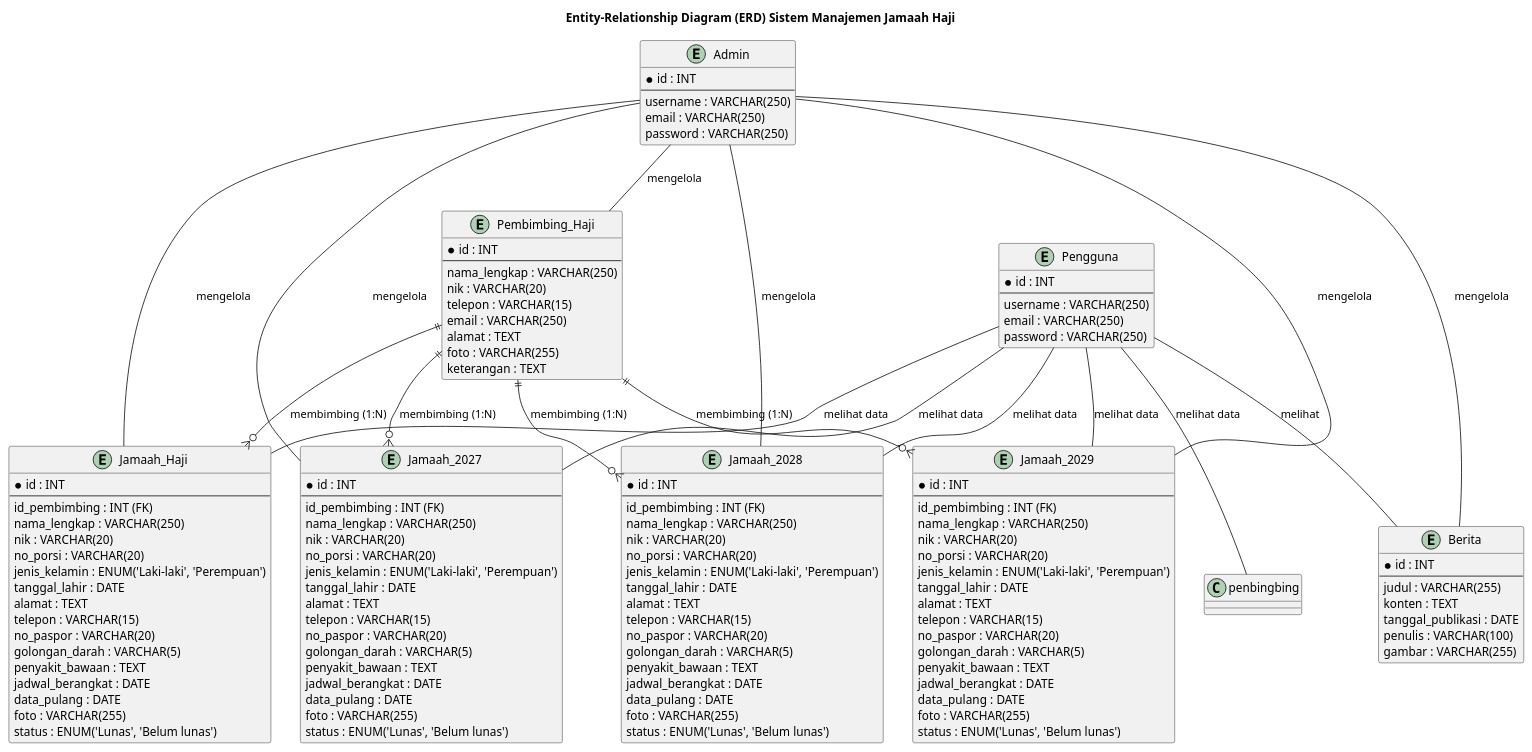
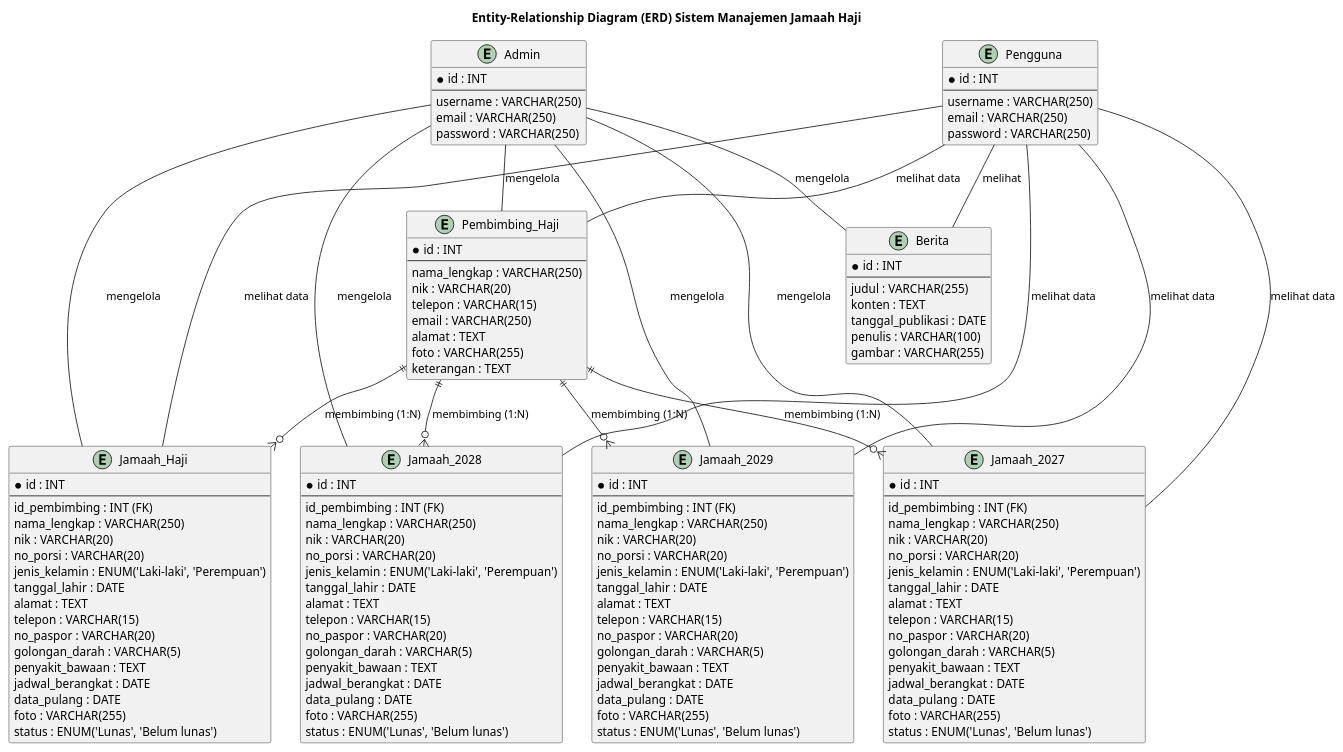
One commit to fauzirahayu/uzicom changed the diagram in komponen/erd_diagram.puml. Above: the diagram before and after it, drawn with PlantUML. The commit also changed 24 other files, not shown here.

```diff
--- a/komponen/erd_diagram.puml
+++ b/komponen/erd_diagram.puml
@@ -1,152 +1,152 @@
 @startuml ERD Sistem Manajemen Jamaah Haji
 
 title Entity-Relationship Diagram (ERD) Sistem Manajemen Jamaah Haji
 
 ' Entitas Admin
 entity "Admin" as admin {
   * id : INT
   --
   username : VARCHAR(250)
   email : VARCHAR(250)
   password : VARCHAR(250)
 }
 
 ' Entitas Pengguna
 entity "Pengguna" as pengguna {
   * id : INT
   --
   username : VARCHAR(250)
   email : VARCHAR(250)
   password : VARCHAR(250)
 }
 
 ' Entitas Pembimbing Haji
 entity "Pembimbing_Haji" as pembimbing {
   * id : INT
   --
   nama_lengkap : VARCHAR(250)
   nik : VARCHAR(20)
   telepon : VARCHAR(15)
   email : VARCHAR(250)
   alamat : TEXT
   foto : VARCHAR(255)
   keterangan : TEXT
 }
 
-' Entitas Jamaah Haji (untuk tahun 2026)
+' Entitas Jamaah Haji (untuk tahun Haji)
 entity "Jamaah_Haji" as jamaah_haji {
   * id : INT
   --
   id_pembimbing : INT (FK)
   nama_lengkap : VARCHAR(250)
   nik : VARCHAR(20)
   no_porsi : VARCHAR(20)
   jenis_kelamin : ENUM('Laki-laki', 'Perempuan')
   tanggal_lahir : DATE
   alamat : TEXT
   telepon : VARCHAR(15)
   no_paspor : VARCHAR(20)
   golongan_darah : VARCHAR(5)
   penyakit_bawaan : TEXT
   jadwal_berangkat : DATE
   data_pulang : DATE
   foto : VARCHAR(255)
   status : ENUM('Lunas', 'Belum lunas')
 }
 
 ' Entitas Jamaah 2027
 entity "Jamaah_2027" as jamaah_2027 {
   * id : INT
   --
   id_pembimbing : INT (FK)
   nama_lengkap : VARCHAR(250)
   nik : VARCHAR(20)
   no_porsi : VARCHAR(20)
   jenis_kelamin : ENUM('Laki-laki', 'Perempuan')
   tanggal_lahir : DATE
   alamat : TEXT
   telepon : VARCHAR(15)
   no_paspor : VARCHAR(20)
   golongan_darah : VARCHAR(5)
   penyakit_bawaan : TEXT
   jadwal_berangkat : DATE
   data_pulang : DATE
   foto : VARCHAR(255)
   status : ENUM('Lunas', 'Belum lunas')
 }
 
 ' Entitas Jamaah 2028
 entity "Jamaah_2028" as jamaah_2028 {
   * id : INT
   --
   id_pembimbing : INT (FK)
   nama_lengkap : VARCHAR(250)
   nik : VARCHAR(20)
   no_porsi : VARCHAR(20)
   jenis_kelamin : ENUM('Laki-laki', 'Perempuan')
   tanggal_lahir : DATE
   alamat : TEXT
   telepon : VARCHAR(15)
   no_paspor : VARCHAR(20)
   golongan_darah : VARCHAR(5)
   penyakit_bawaan : TEXT
   jadwal_berangkat : DATE
   data_pulang : DATE
   foto : VARCHAR(255)
   status : ENUM('Lunas', 'Belum lunas')
 }
 
 ' Entitas Jamaah 2029
 entity "Jamaah_2029" as jamaah_2029 {
   * id : INT
   --
   id_pembimbing : INT (FK)
   nama_lengkap : VARCHAR(250)
   nik : VARCHAR(20)
   no_porsi : VARCHAR(20)
   jenis_kelamin : ENUM('Laki-laki', 'Perempuan')
   tanggal_lahir : DATE
   alamat : TEXT
   telepon : VARCHAR(15)
   no_paspor : VARCHAR(20)
   golongan_darah : VARCHAR(5)
   penyakit_bawaan : TEXT
   jadwal_berangkat : DATE
   data_pulang : DATE
   foto : VARCHAR(255)
   status : ENUM('Lunas', 'Belum lunas')
 }
 
 ' Entitas Berita
 entity "Berita" as berita {
   * id : INT
   --
   judul : VARCHAR(255)
   konten : TEXT
   tanggal_publikasi : DATE
   penulis : VARCHAR(100)
   gambar : VARCHAR(255)
 }
 
 ' Relasi
 pembimbing ||--o{ jamaah_haji : "membimbing (1:N)"
 pembimbing ||--o{ jamaah_2027 : "membimbing (1:N)"
 pembimbing ||--o{ jamaah_2028 : "membimbing (1:N)"
 pembimbing ||--o{ jamaah_2029 : "membimbing (1:N)"
 
 admin -- berita : "mengelola"
 admin -- pembimbing : "mengelola"
 admin -- jamaah_haji : "mengelola"
 admin -- jamaah_2027 : "mengelola"
 admin -- jamaah_2028 : "mengelola"
 admin -- jamaah_2029 : "mengelola"
 
 ' Pengguna melihat berita dan melihat data jamaah (relasi tidak langsung)
 pengguna -- berita : "melihat"
 pengguna -- jamaah_haji : "melihat data"
 pengguna -- jamaah_2027 : "melihat data"
 pengguna -- jamaah_2028 : "melihat data"
 pengguna -- jamaah_2029 : "melihat data"
-pengguna -- penbingbing : "melihat data"
+pengguna -- pembimbing : "melihat data"
 
 @enduml
```
